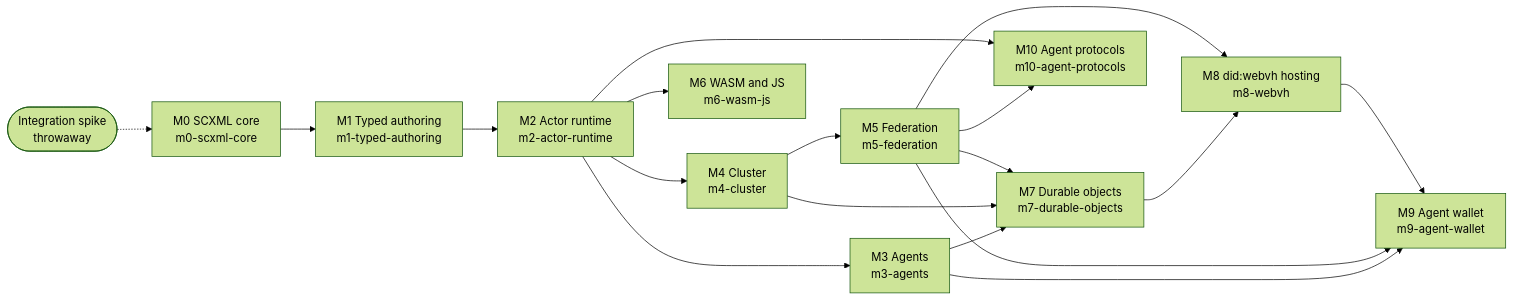
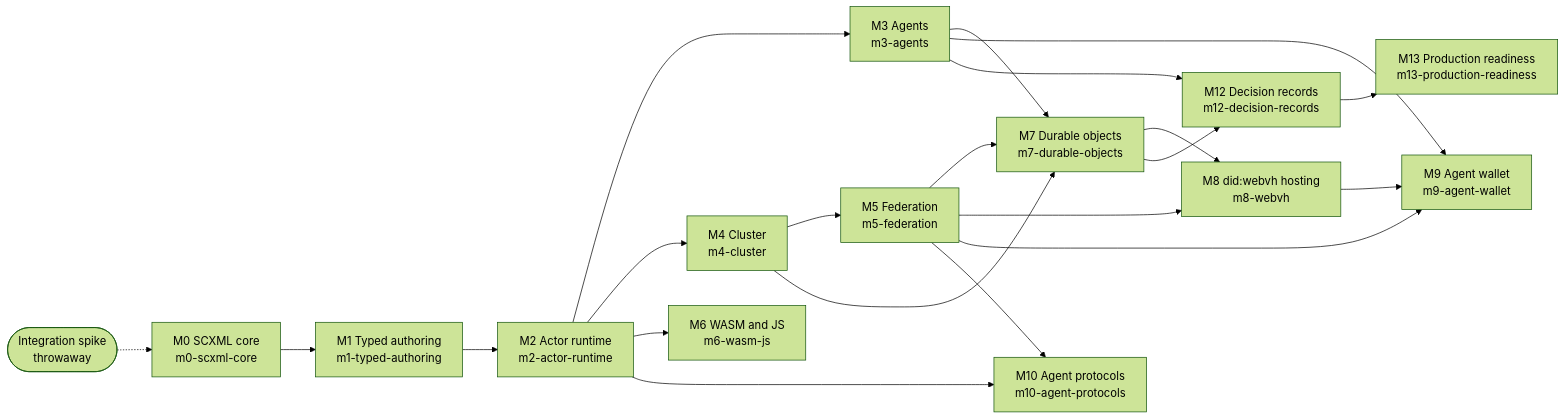
One commit to Volland/vertep changed the diagram in tg.md/roadmap.md. Above: the diagram before and after it, drawn with Mermaid (forest theme). The commit also changed other lines of this file and 61 other files, not shown here.

````diff
--- a/tg.md/roadmap.md
+++ b/tg.md/roadmap.md
@@ -9,20 +9,23 @@
 ```mermaid
 flowchart LR
     M0["M0 SCXML core<br/>m0-scxml-core"] --> M1["M1 Typed authoring<br/>m1-typed-authoring"]
     M1 --> M2["M2 Actor runtime<br/>m2-actor-runtime"]
     M2 --> M3["M3 Agents<br/>m3-agents"]
     M2 --> M4["M4 Cluster<br/>m4-cluster"]
     M4 --> M5["M5 Federation<br/>m5-federation"]
     M2 --> M6["M6 WASM and JS<br/>m6-wasm-js"]
     M3 --> M7["M7 Durable objects<br/>m7-durable-objects"]
     M4 --> M7
     M5 --> M7
     M7 --> M8["M8 did:webvh hosting<br/>m8-webvh"]
     M5 --> M8
     M3 --> M9["M9 Agent wallet<br/>m9-agent-wallet"]
     M5 --> M9
     M8 --> M9
     M5 --> M10["M10 Agent protocols<br/>m10-agent-protocols"]
     M2 --> M10
+    M3 --> M12["M12 Decision records<br/>m12-decision-records"]
+    M7 --> M12
+    M12 --> M13["M13 Production readiness<br/>m13-production-readiness"]
     S(["Integration spike<br/>throwaway"]) -.-> M0
 ```
````
